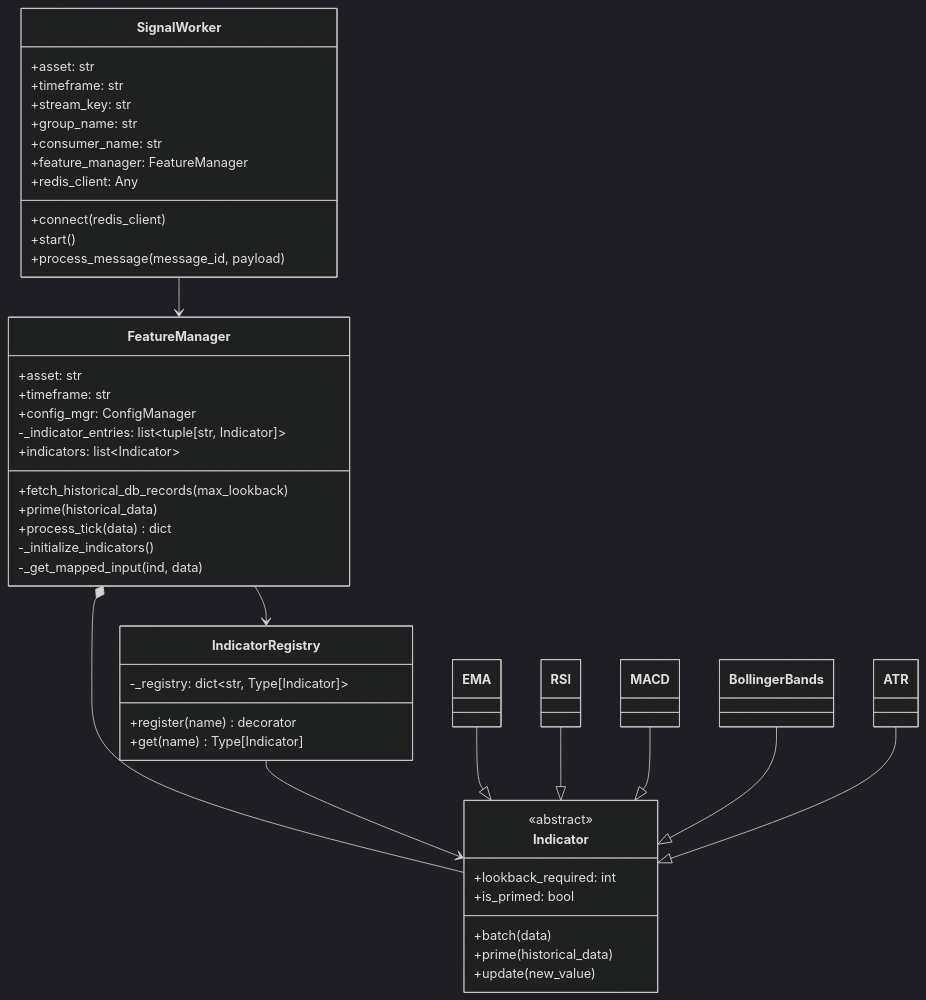
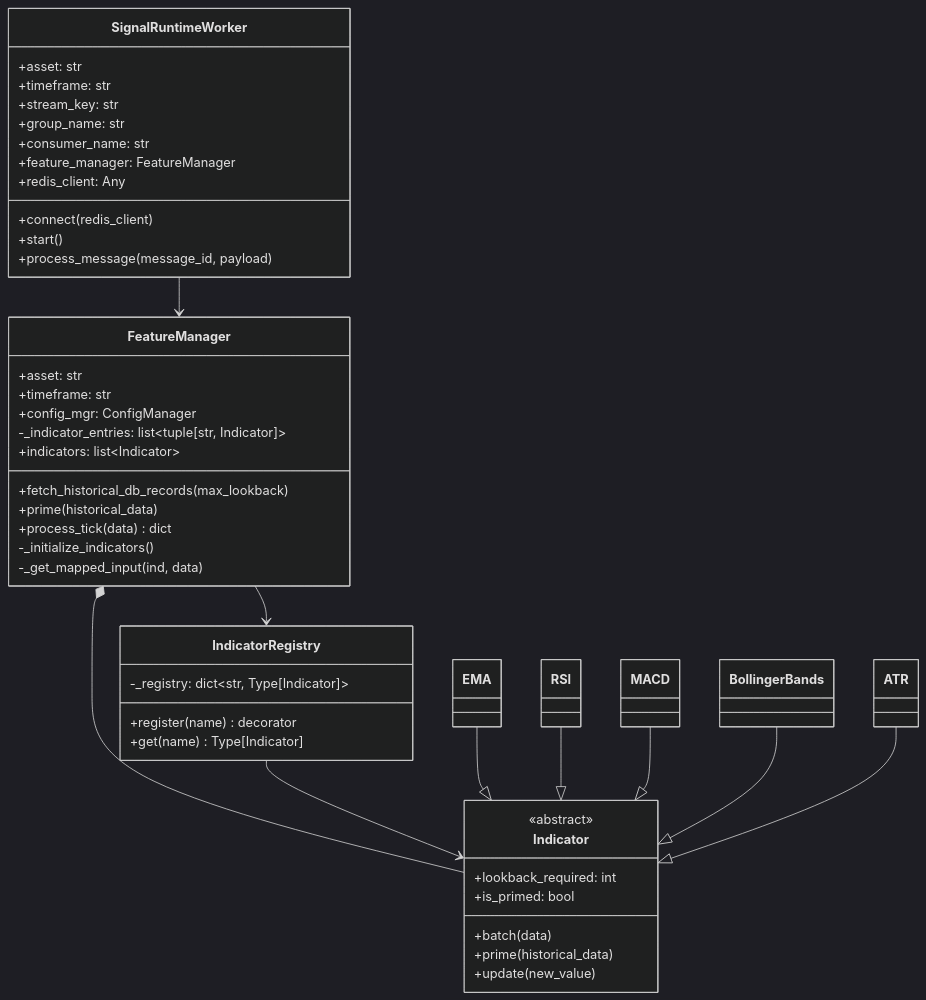
One commit to transparentCode/flipperAgent changed the second of 5 diagrams in docs/signal_app.md. Above: the diagram before and after it, drawn with Mermaid (dark theme). The commit also changed other lines of this file and 76 other files, not shown here.

Commit message:
Store flipperAgent/signal_app/2026-06-13-phase2-runtime-api-seams in default

````diff
--- a/docs/signal_app.md
+++ b/docs/signal_app.md
@@ -59,59 +59,59 @@
 ```mermaid
 classDiagram
-    class SignalWorker {
+    class SignalRuntimeWorker {
         +asset: str
         +timeframe: str
         +stream_key: str
         +group_name: str
         +consumer_name: str
         +feature_manager: FeatureManager
         +redis_client: Any
         +connect(redis_client) 
         +start()
         +process_message(message_id, payload)
     }
 
     class FeatureManager {
         +asset: str
         +timeframe: str
         +config_mgr: ConfigManager
         -_indicator_entries: list~tuple[str, Indicator]~
         +indicators: list~Indicator~
         +fetch_historical_db_records(max_lookback)
         +prime(historical_data)
         +process_tick(data) dict
         -_initialize_indicators()
         -_get_mapped_input(ind, data)
     }
 
     class IndicatorRegistry {
         -_registry: dict~str, Type[Indicator]~
         +register(name) decorator
         +get(name) Type[Indicator]
     }
 
     class Indicator {
         <<abstract>>
         +lookback_required: int
         +is_primed: bool
         +batch(data)
         +prime(historical_data)
         +update(new_value)
     }
 
     class EMA
     class RSI
     class MACD
     class BollingerBands
     class ATR
 
-    SignalWorker --> FeatureManager
+    SignalRuntimeWorker --> FeatureManager
     FeatureManager --> IndicatorRegistry
     FeatureManager *-- Indicator
     IndicatorRegistry --> Indicator
     EMA --|> Indicator
     RSI --|> Indicator
     MACD --|> Indicator
     BollingerBands --|> Indicator
     ATR --|> Indicator
 ```
````
